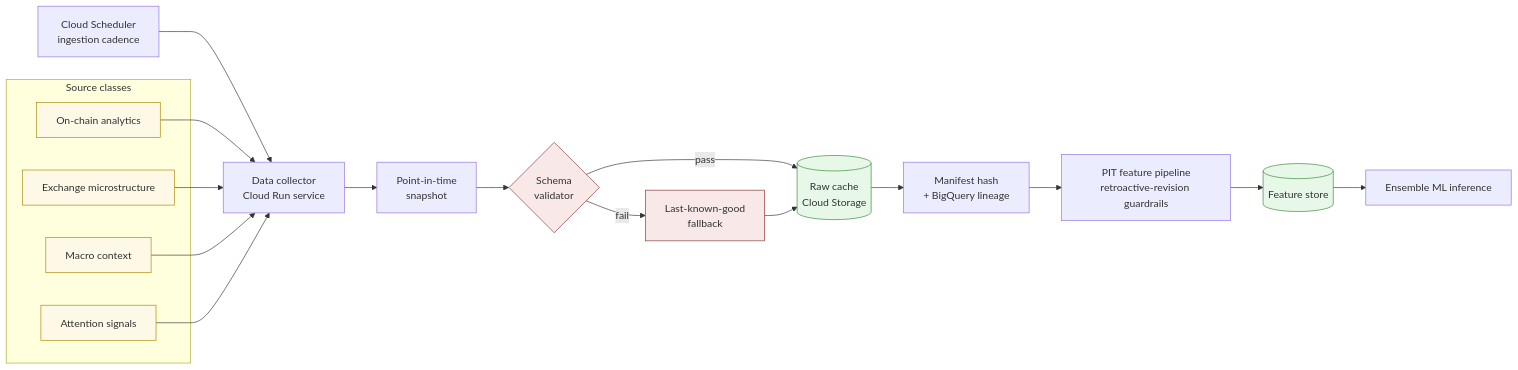
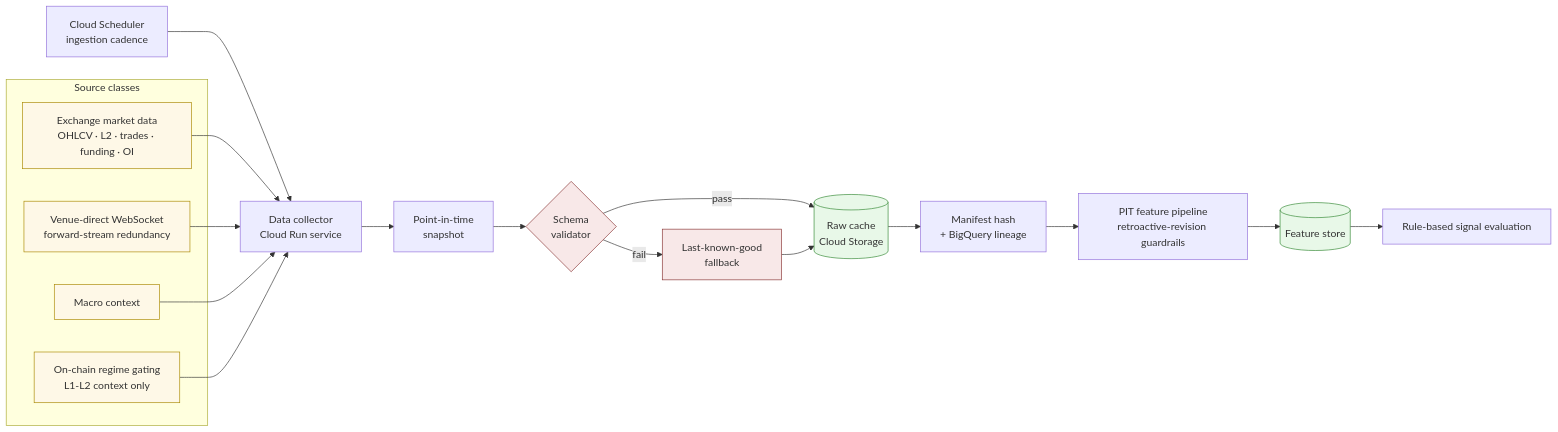
Before and after one commit to DisuzaQuantitative/Disuza-Quantitative: the diagram in docs/diagrams/data-flow.mmd, drawn with Mermaid. The commit also changed 20 other files, not shown here.

```diff
--- a/docs/diagrams/data-flow.mmd
+++ b/docs/diagrams/data-flow.mmd
@@ -1,43 +1,43 @@
 %% Disuza Quantitative — Data Flow (PIT pipelines)
-%% Version 3 · 2026-04-20
+%% Version 3.1 · 2026-05-22
 
 graph LR
   subgraph "Source classes"
-    S1[On-chain analytics]
-    S2[Exchange microstructure]
+    S1[Exchange market data<br/>OHLCV · L2 · trades · funding · OI]
+    S2[Venue-direct WebSocket<br/>forward-stream redundancy]
     S3[Macro context]
-    S4[Attention signals]
+    S4[On-chain regime gating<br/>L1-L2 context only]
   end
 
   CLOCK[Cloud Scheduler<br/>ingestion cadence]
   COLLECT[Data collector<br/>Cloud Run service]
   SNAP[Point-in-time<br/>snapshot]
   VALID{Schema<br/>validator}
   LKG[Last-known-good<br/>fallback]
   CACHE[(Raw cache<br/>Cloud Storage)]
   MANIFEST[Manifest hash<br/>+ BigQuery lineage]
   PIT[PIT feature pipeline<br/>retroactive-revision guardrails]
   FSTORE[(Feature store)]
-  INFER[Ensemble ML inference]
+  INFER[Rule-based signal evaluation]
 
   CLOCK --> COLLECT
   S1 --> COLLECT
   S2 --> COLLECT
   S3 --> COLLECT
   S4 --> COLLECT
   COLLECT --> SNAP
   SNAP --> VALID
   VALID -->|pass| CACHE
   VALID -->|fail| LKG
   LKG --> CACHE
   CACHE --> MANIFEST
   MANIFEST --> PIT
   PIT --> FSTORE
   FSTORE --> INFER
 
   classDef source fill:#fef8e7,stroke:#aa8800,stroke-width:1px
   classDef store fill:#e8f8e8,stroke:#338833,stroke-width:1px
   classDef validator fill:#f8e8e8,stroke:#883333,stroke-width:1px
   class S1,S2,S3,S4 source
   class CACHE,FSTORE store
   class VALID,LKG validator
```
